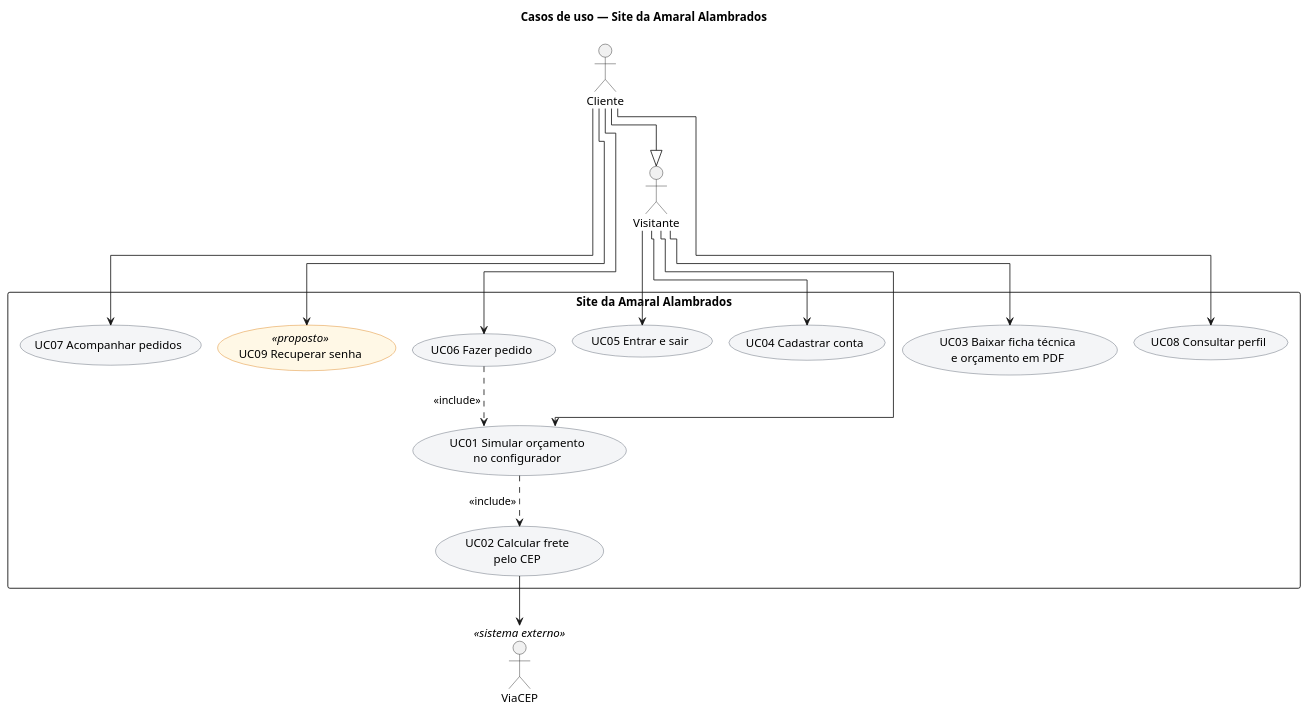
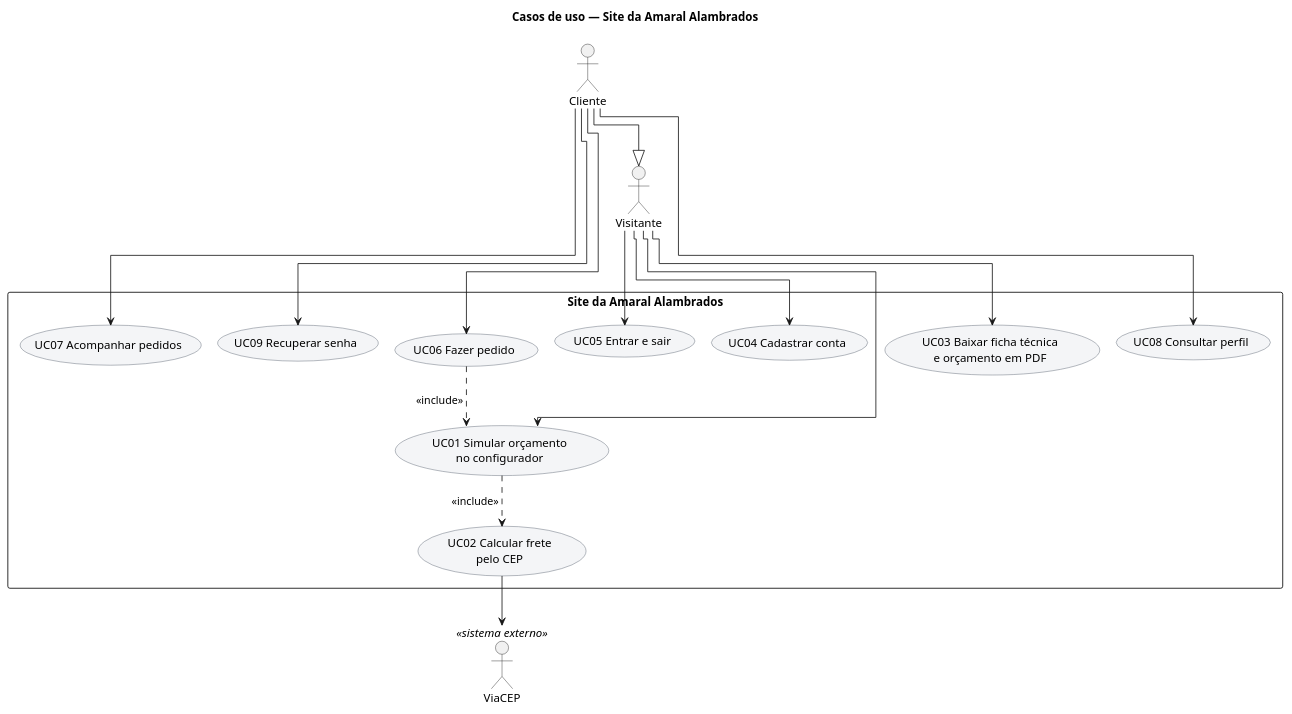
Before and after one commit to dannnpereira/ProGest: the diagram in docs/diagramas/casos-de-uso-uml-site.puml, drawn with PlantUML. The commit also changed 47 other files, not shown here.

```diff
--- a/docs/diagramas/casos-de-uso-uml-site.puml
+++ b/docs/diagramas/casos-de-uso-uml-site.puml
@@ -1,44 +1,44 @@
 @startuml casos-de-uso-uml-site
 !pragma layout elk
 left to right direction
 skinparam defaultFontName Arial
 skinparam packageStyle rectangle
 skinparam usecase {
   BackgroundColor #F4F5F7
   BorderColor #4B5563
   BackgroundColor<<proposto>> #FFF8E6
   BorderColor<<proposto>> #D97706
 }
 title Casos de uso — Site da Amaral Alambrados
 
 actor Visitante
 actor Cliente
 actor "ViaCEP" as ViaCEP <<sistema externo>>
 
 Cliente -|> Visitante
 
 rectangle "Site da Amaral Alambrados" {
   usecase "UC01 Simular orçamento\nno configurador" as UC01
   usecase "UC02 Calcular frete\npelo CEP" as UC02
   usecase "UC03 Baixar ficha técnica\ne orçamento em PDF" as UC03
   usecase "UC04 Cadastrar conta" as UC04
   usecase "UC05 Entrar e sair" as UC05
   usecase "UC06 Fazer pedido" as UC06
   usecase "UC07 Acompanhar pedidos" as UC07
   usecase "UC08 Consultar perfil" as UC08
-  usecase "UC09 Recuperar senha" as UC09 <<proposto>>
+  usecase "UC09 Recuperar senha" as UC09
 }
 
 Visitante --> UC01
 Visitante --> UC03
 Visitante --> UC04
 Visitante --> UC05
 Cliente --> UC06
 Cliente --> UC07
 Cliente --> UC08
 Cliente --> UC09
 
 UC06 ..> UC01 : <<include>>
 UC01 ..> UC02 : <<include>>
 UC02 --> ViaCEP
 @enduml
```
